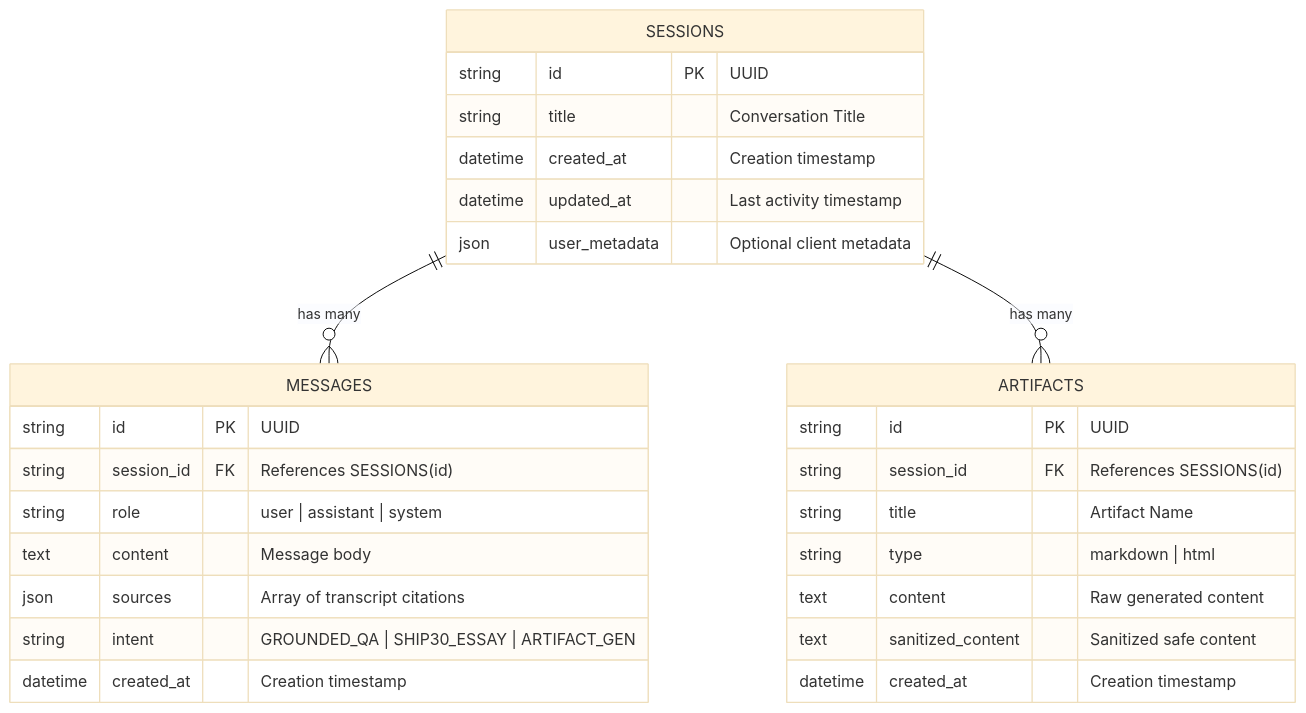
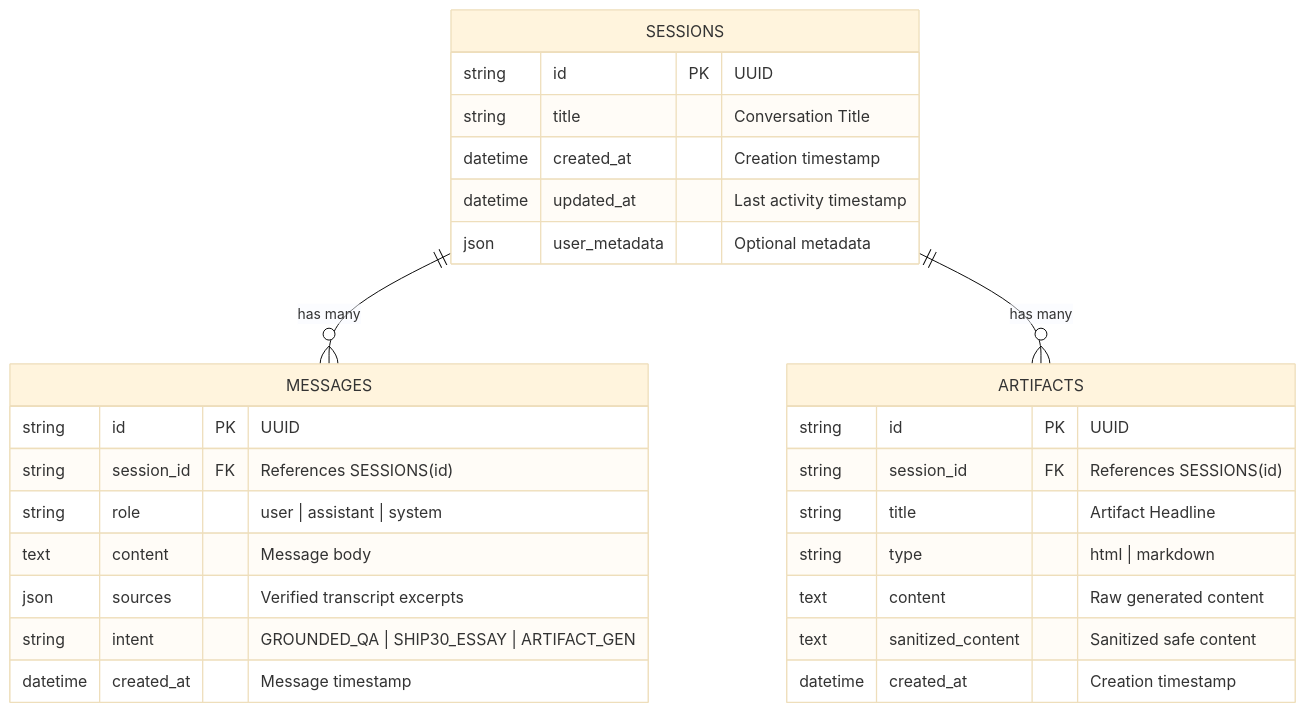
The second of 2 diagrams in docs/architecture.md (Riya-Singh-cell/lenny-growth-assistant), drawn with Mermaid (base theme) before and after one commit. The commit also changed other lines of this file and 46 other files, not shown here.

````diff
--- a/docs/architecture.md
+++ b/docs/architecture.md
@@ -103,33 +128,33 @@
 ```mermaid
 erDiagram
     SESSIONS ||--o{ MESSAGES : "has many"
     SESSIONS ||--o{ ARTIFACTS : "has many"
 
     SESSIONS {
         string id PK "UUID"
         string title "Conversation Title"
         datetime created_at "Creation timestamp"
         datetime updated_at "Last activity timestamp"
-        json user_metadata "Optional client metadata"
+        json user_metadata "Optional metadata"
     }
 
     MESSAGES {
         string id PK "UUID"
         string session_id FK "References SESSIONS(id)"
         string role "user | assistant | system"
         text content "Message body"
-        json sources "Array of transcript citations"
+        json sources "Verified transcript excerpts"
         string intent "GROUNDED_QA | SHIP30_ESSAY | ARTIFACT_GEN"
-        datetime created_at "Creation timestamp"
+        datetime created_at "Message timestamp"
     }
 
     ARTIFACTS {
         string id PK "UUID"
         string session_id FK "References SESSIONS(id)"
-        string title "Artifact Name"
-        string type "markdown | html"
+        string title "Artifact Headline"
+        string type "html | markdown"
         text content "Raw generated content"
         text sanitized_content "Sanitized safe content"
         datetime created_at "Creation timestamp"
     }
 ```
````
